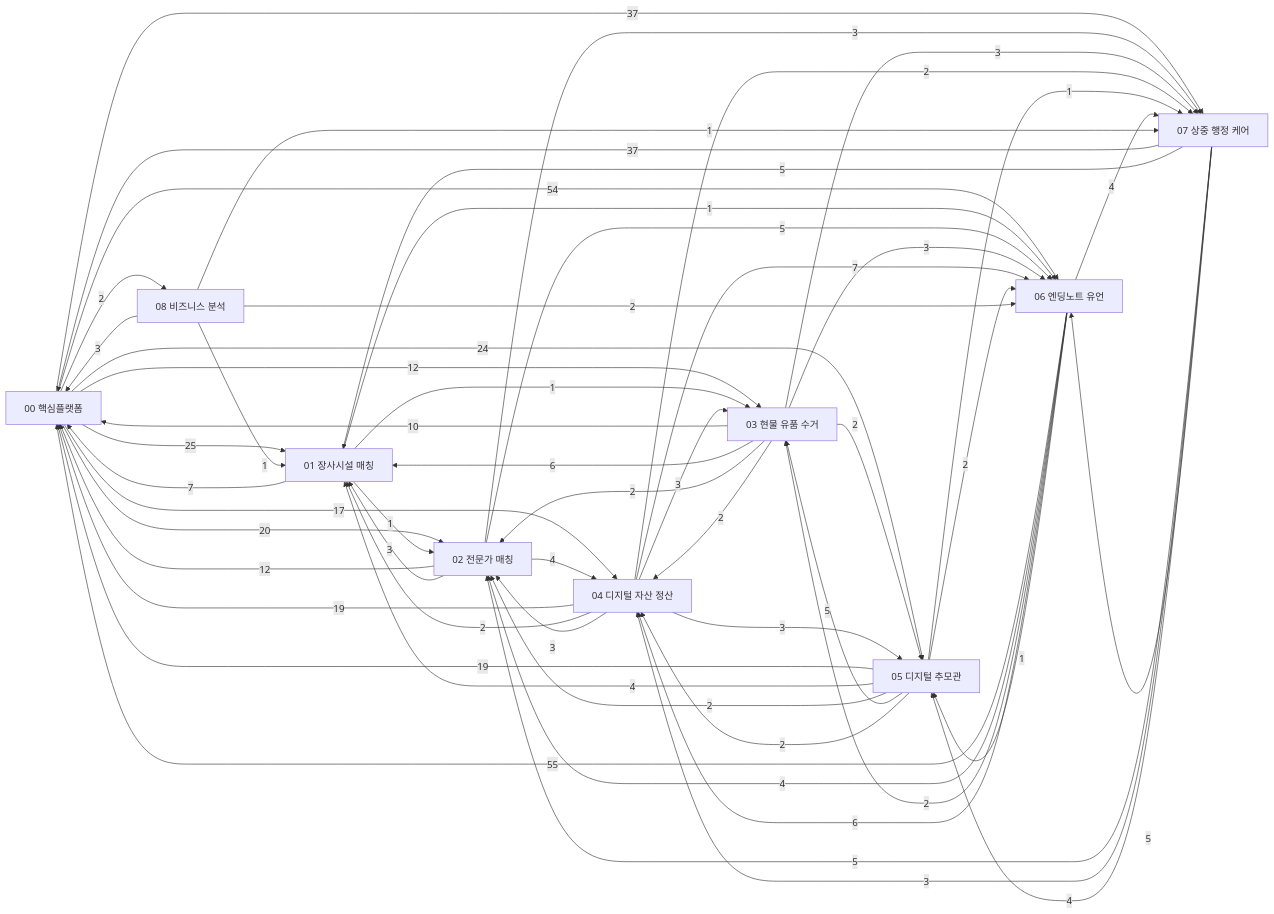
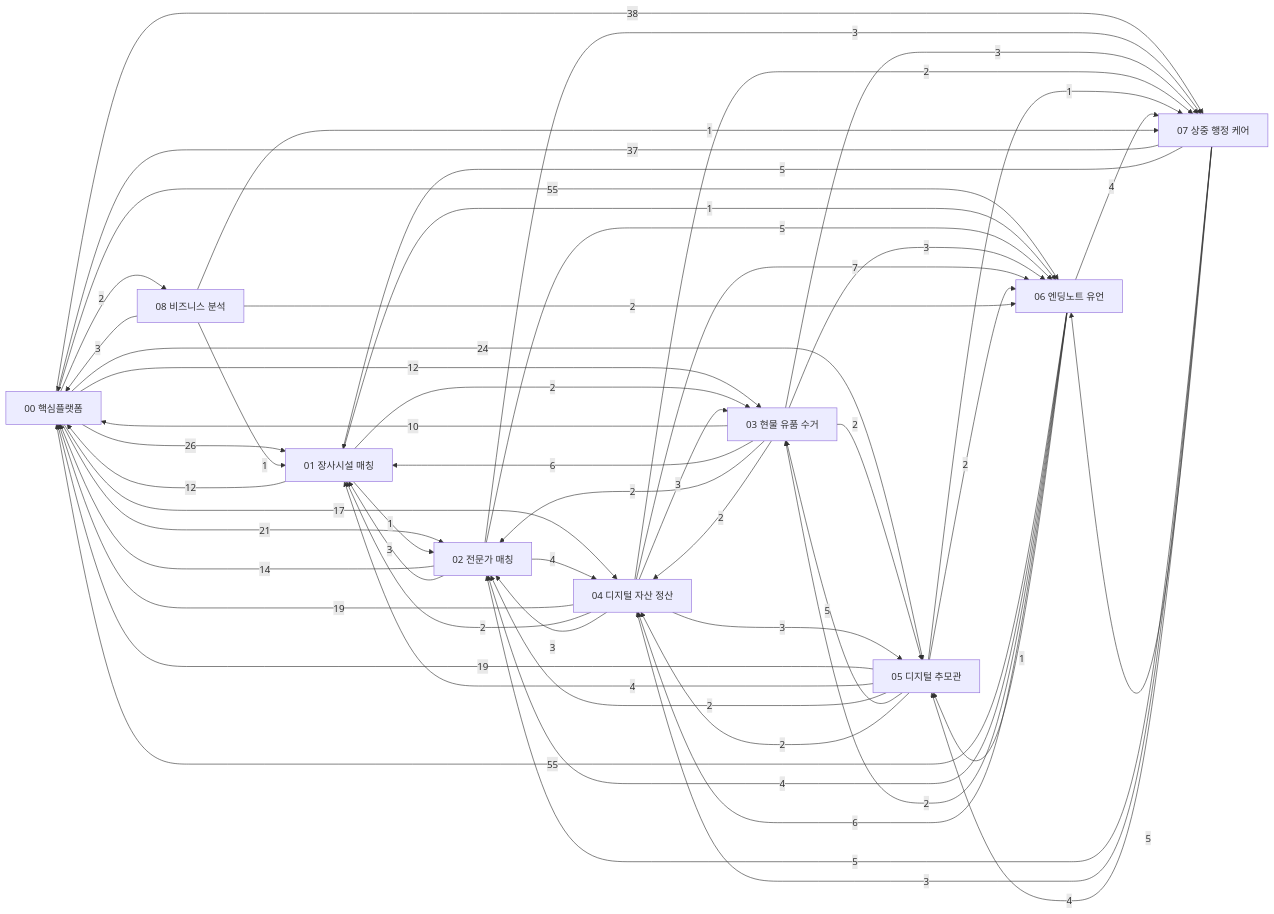
One commit to Hyunews/Eobom changed the diagram in docs/00_DOCS_INDEX.md. Above: the diagram before and after it, drawn with Mermaid. The commit also changed other lines of this file and 14 other files, not shown here.

````diff
--- a/docs/00_DOCS_INDEX.md
+++ b/docs/00_DOCS_INDEX.md
@@ -53,66 +53,66 @@
 ```mermaid
 flowchart LR
   D00["00 핵심플랫폼"]
   D01["01 장사시설 매칭"]
   D02["02 전문가 매칭"]
   D03["03 현물 유품 수거"]
   D04["04 디지털 자산 정산"]
   D05["05 디지털 추모관"]
   D06["06 엔딩노트 유언"]
   D07["07 상중 행정 케어"]
   D08["08 비즈니스 분석"]
-  D00 -->|25| D01
-  D00 -->|20| D02
+  D00 -->|26| D01
+  D00 -->|21| D02
   D00 -->|12| D03
   D00 -->|17| D04
   D00 -->|24| D05
-  D00 -->|54| D06
-  D00 -->|37| D07
+  D00 -->|55| D06
+  D00 -->|38| D07
   D00 -->|2| D08
-  D01 -->|7| D00
+  D01 -->|12| D00
   D01 -->|1| D02
-  D01 -->|1| D03
+  D01 -->|2| D03
   D01 -->|1| D06
-  D02 -->|12| D00
+  D02 -->|14| D00
   D02 -->|3| D01
   D02 -->|4| D04
   D02 -->|5| D06
   D02 -->|3| D07
   D03 -->|10| D00
   D03 -->|6| D01
   D03 -->|2| D02
   D03 -->|2| D04
   D03 -->|2| D05
   D03 -->|3| D06
   D03 -->|3| D07
   D04 -->|19| D00
   D04 -->|2| D01
   D04 -->|3| D02
   D04 -->|3| D03
   D04 -->|3| D05
   D04 -->|7| D06
   D04 -->|2| D07
   D05 -->|19| D00
   D05 -->|4| D01
   D05 -->|2| D02
   D05 -->|5| D03
   D05 -->|2| D04
   D05 -->|2| D06
   D05 -->|1| D07
   D06 -->|55| D00
   D06 -->|4| D02
   D06 -->|2| D03
   D06 -->|6| D04
   D06 -->|1| D05
   D06 -->|4| D07
   D07 -->|37| D00
   D07 -->|5| D01
   D07 -->|5| D02
   D07 -->|3| D04
   D07 -->|4| D05
   D07 -->|5| D06
   D08 -->|3| D00
   D08 -->|1| D01
   D08 -->|2| D06
   D08 -->|1| D07
 ```
````
